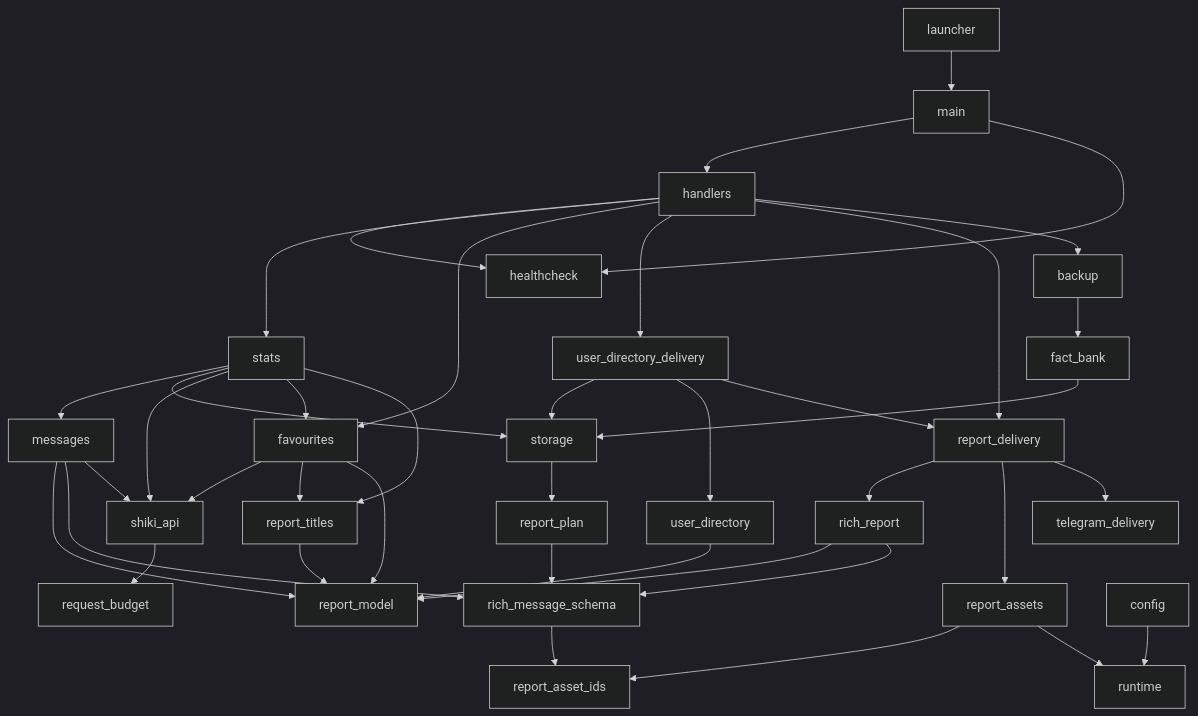
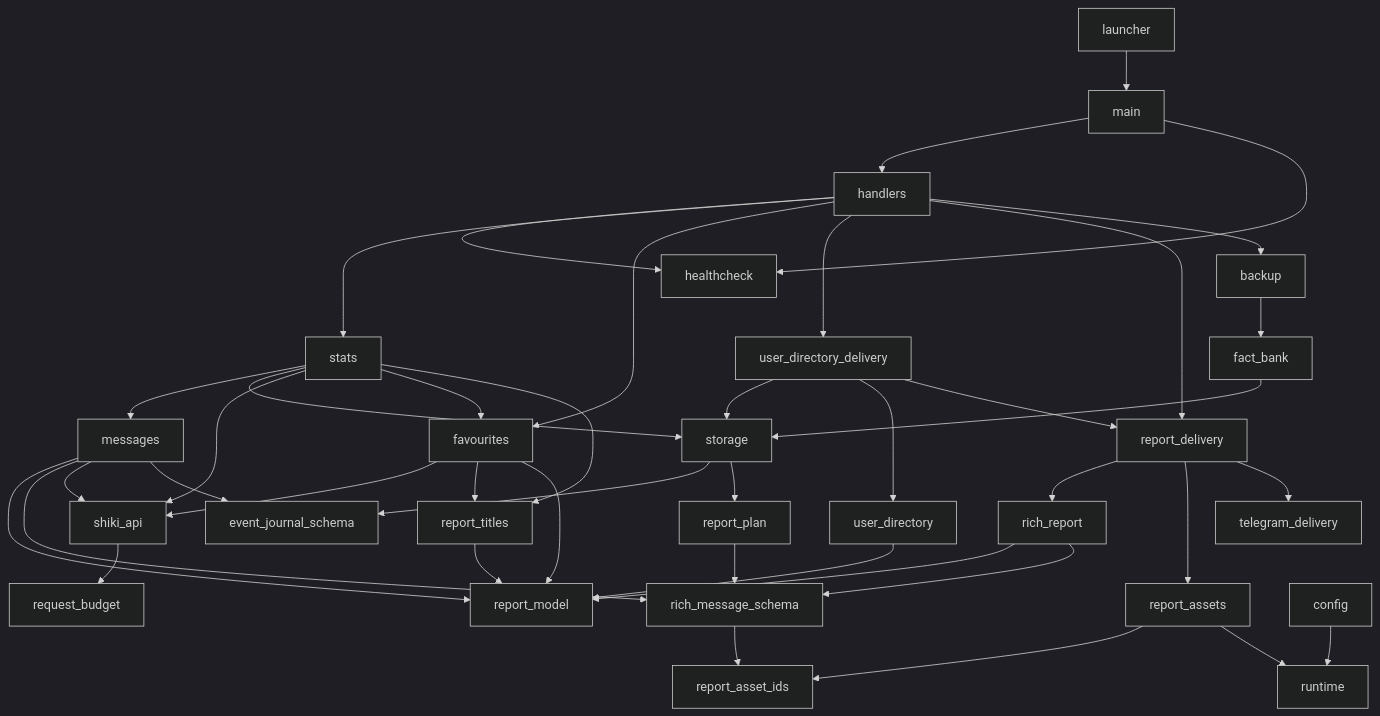
The diagram in ARCHITECTURE.md (WorgaNomoR/ShikiUpdatesBot), drawn with Mermaid (dark theme) before and after one commit. The commit also changed other lines of this file and 17 other files, not shown here.

````diff
--- a/ARCHITECTURE.md
+++ b/ARCHITECTURE.md
@@ -56,42 +75,44 @@
 ```mermaid
 graph TD
     launcher --> main
     main --> handlers
     main --> healthcheck
     handlers --> healthcheck
     handlers --> stats
     handlers --> favourites
     handlers --> user_directory_delivery
     handlers --> report_delivery
     handlers --> backup
     stats --> messages
     stats --> storage
     stats --> shiki_api
     stats --> favourites
     stats --> report_titles
     favourites --> shiki_api
     favourites --> report_titles
     favourites --> report_model
     report_titles --> report_model
     messages --> report_model
     messages --> rich_message_schema
     messages --> shiki_api
     user_directory_delivery --> storage
     user_directory_delivery --> user_directory
     user_directory_delivery --> report_delivery
     user_directory --> report_model
     backup --> fact_bank
     fact_bank --> storage
+    storage --> event_journal_schema
+    messages --> event_journal_schema
     storage --> report_plan
     report_plan --> rich_message_schema
     report_delivery --> rich_report
     report_delivery --> report_assets
     report_delivery --> telegram_delivery
     rich_report --> report_model
     rich_report --> rich_message_schema
     rich_message_schema --> report_asset_ids
     report_assets --> report_asset_ids
     report_assets --> runtime
     shiki_api --> request_budget
     config --> runtime
 ```
````
